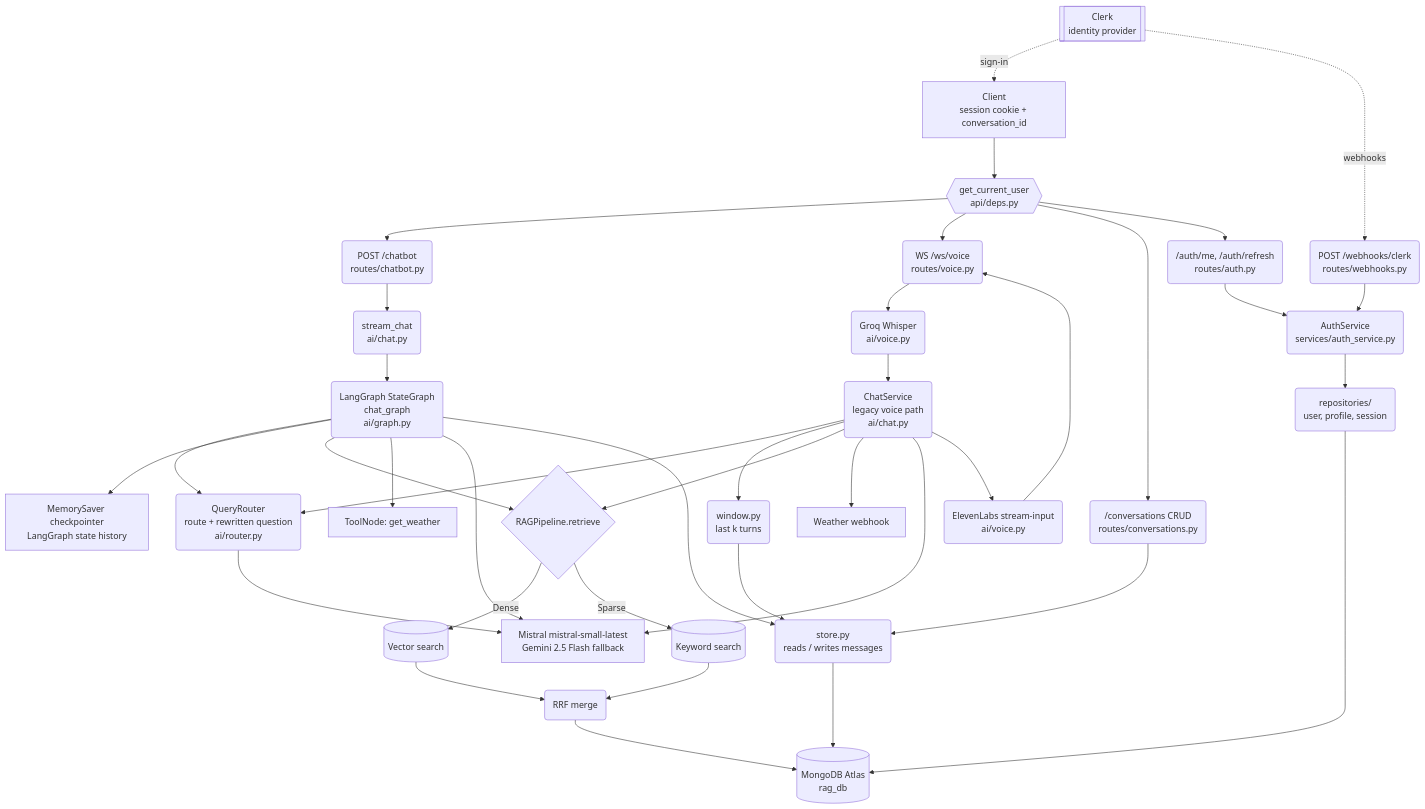
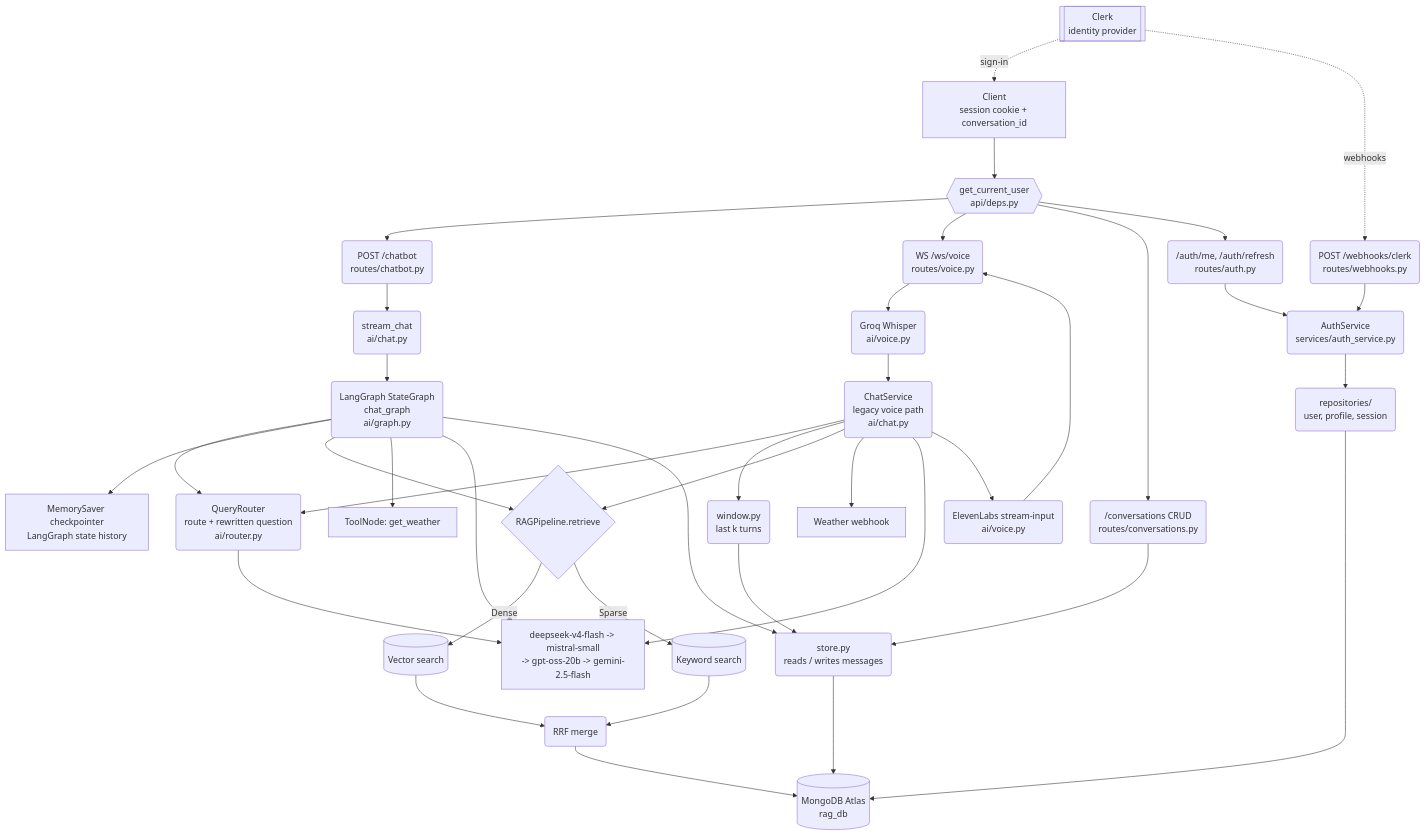
The first of 4 diagrams in docs/architecture.md (Harish1404/LangGraph-AI-Backend), drawn with Mermaid before and after one commit. The commit also changed other lines of this file and 26 other files, not shown here.

````diff
--- a/docs/architecture.md
+++ b/docs/architecture.md
@@ -41,47 +41,47 @@
 ```mermaid
 graph TD
     CLERK[[Clerk<br/>identity provider]] -.sign-in.-> UI
     CLERK -.webhooks.-> WH(POST /webhooks/clerk<br/>routes/webhooks.py)
 
     UI[Client<br/>session cookie + conversation_id] --> GATE
     GATE{{get_current_user<br/>api/deps.py}} --> CHATEP(POST /chatbot<br/>routes/chatbot.py)
     GATE --> VOICEEP(WS /ws/voice<br/>routes/voice.py)
     GATE --> CONVEP(/conversations CRUD<br/>routes/conversations.py)
     GATE --> AUTHEP(/auth/me, /auth/refresh<br/>routes/auth.py)
 
     AUTHEP --> AUTHSVC(AuthService<br/>services/auth_service.py)
     WH --> AUTHSVC
     AUTHSVC --> REPOS(repositories/<br/>user, profile, session)
     REPOS --> DB
 
     CHATEP --> STREAM(stream_chat<br/>ai/chat.py)
     STREAM --> GRAPH(LangGraph StateGraph<br/>chat_graph<br/>ai/graph.py)
 
     GRAPH --> ROUTER(QueryRouter<br/>route + rewritten question<br/>ai/router.py)
     GRAPH --> CHECKPOINT[MemorySaver checkpointer<br/>LangGraph state history]
     GRAPH --> PIPE{RAGPipeline.retrieve}
     GRAPH --> TOOLNODE[ToolNode: get_weather]
-    GRAPH --> LLM[Mistral mistral-small-latest<br/>Gemini 2.5 Flash fallback]
+    GRAPH --> LLM[deepseek-v4-flash -> mistral-small<br/>-> gpt-oss-20b -> gemini-2.5-flash]
 
     VOICEEP --> STT(Groq Whisper<br/>ai/voice.py)
     STT --> SERVICE(ChatService<br/>legacy voice path<br/>ai/chat.py)
     SERVICE --> ROUTER
     SERVICE --> WINDOW(window.py<br/>last k turns)
     SERVICE --> PIPE
     SERVICE --> HOOK[Weather webhook]
     SERVICE --> LLM
     SERVICE --> TTS(ElevenLabs stream-input<br/>ai/voice.py)
     TTS --> VOICEEP
 
     ROUTER --> LLM
     PIPE -->|Dense| VEC[(Vector search)]
     PIPE -->|Sparse| KEY[(Keyword search)]
     VEC --> RRF(RRF merge)
     KEY --> RRF
     RRF --> DB[(MongoDB Atlas<br/>rag_db)]
 
     WINDOW --> STORE(store.py<br/>reads / writes messages)
     GRAPH --> STORE
     CONVEP --> STORE
     STORE --> DB
 ```
````
